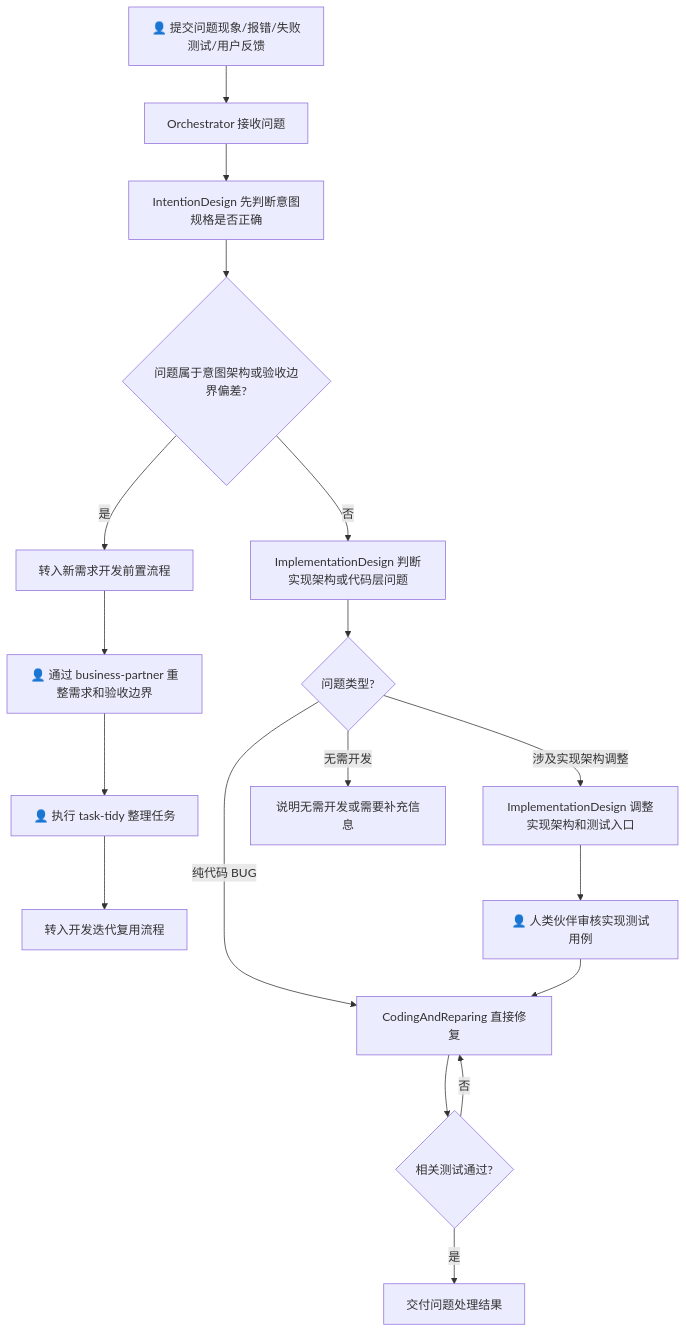
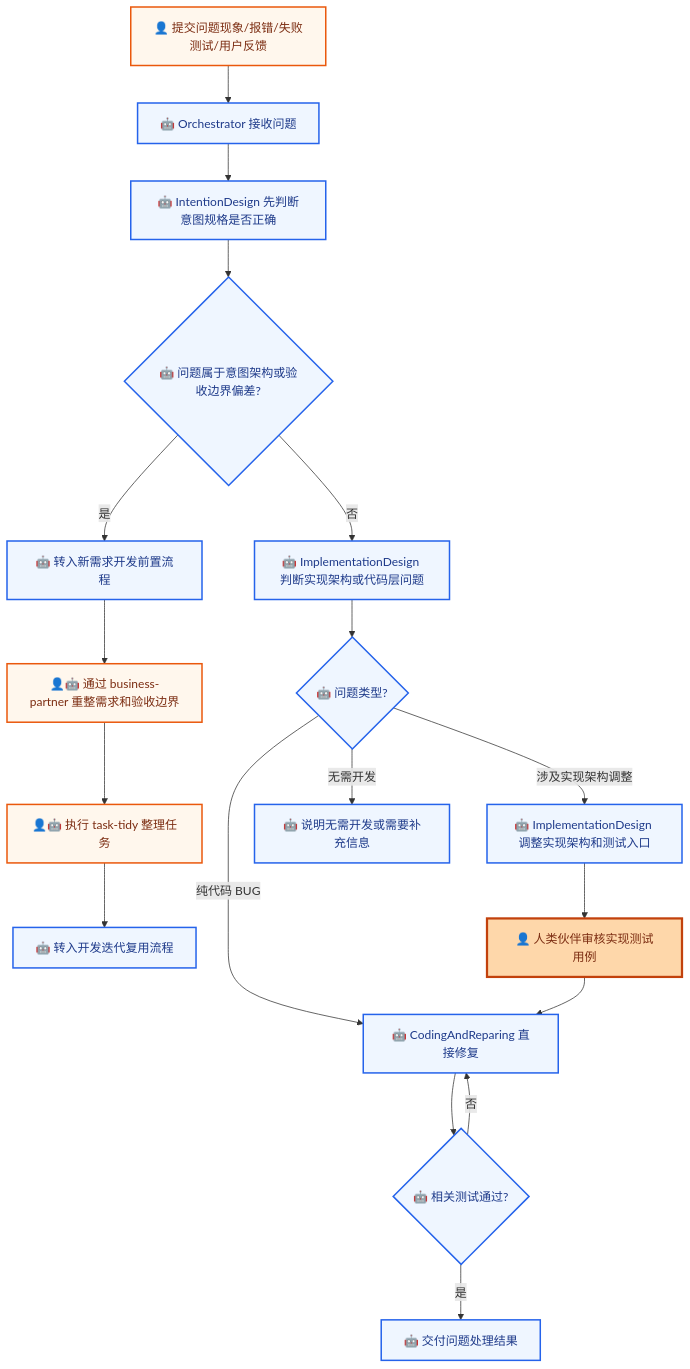
One commit to derekhu0002/Argo changed the third of 5 diagrams in README.md. Above: the diagram before and after it, drawn with Mermaid. The commit also changed other lines of this file, not shown here.

````diff
--- a/README.md
+++ b/README.md
@@ -104,20 +117,26 @@
 ```mermaid
 flowchart TD
-    A[👤 提交问题现象/报错/失败测试/用户反馈] --> B[Orchestrator 接收问题]
-    B --> C[IntentionDesign 先判断意图规格是否正确]
-    C --> D{问题属于意图架构或验收边界偏差?}
-    D -- 是 --> E[转入新需求开发前置流程]
-    E --> F[👤 通过 business-partner 重整需求和验收边界]
-    F --> G[👤 执行 task-tidy 整理任务]
-    G --> P[转入开发迭代复用流程]
-    D -- 否 --> H[ImplementationDesign 判断实现架构或代码层问题]
-    H --> I{问题类型?}
-    I -- 纯代码 BUG --> J[CodingAndReparing 直接修复]
-    I -- 涉及实现架构调整 --> K[ImplementationDesign 调整实现架构和测试入口]
+    A[👤 提交问题现象/报错/失败测试/用户反馈] --> B[🤖 Orchestrator 接收问题]
+    B --> C[🤖 IntentionDesign 先判断意图规格是否正确]
+    C --> D{🤖 问题属于意图架构或验收边界偏差?}
+    D -- 是 --> E[🤖 转入新需求开发前置流程]
+    E --> F[👤🤖 通过 business-partner 重整需求和验收边界]
+    F --> G[👤🤖 执行 task-tidy 整理任务]
+    G --> P[🤖 转入开发迭代复用流程]
+    D -- 否 --> H[🤖 ImplementationDesign 判断实现架构或代码层问题]
+    H --> I{🤖 问题类型?}
+    I -- 纯代码 BUG --> J[🤖 CodingAndReparing 直接修复]
+    I -- 涉及实现架构调整 --> K[🤖 ImplementationDesign 调整实现架构和测试入口]
     K --> L[👤 人类伙伴审核实现测试用例]
     L --> J
-    J --> M{相关测试通过?}
+    J --> M{🤖 相关测试通过?}
     M -- 否 --> J
-    M -- 是 --> N[交付问题处理结果]
-    I -- 无需开发 --> O[说明无需开发或需要补充信息]
+    M -- 是 --> N[🤖 交付问题处理结果]
+    I -- 无需开发 --> O[🤖 说明无需开发或需要补充信息]
+    classDef human fill:#fff7ed,stroke:#ea580c,color:#7c2d12,stroke-width:2px
+    classDef humanDecision fill:#fed7aa,stroke:#c2410c,color:#7c2d12,stroke-width:3px
+    classDef ai fill:#eff6ff,stroke:#2563eb,color:#1e3a8a,stroke-width:2px
+    class A,F,G human
+    class L humanDecision
+    class B,C,D,E,P,H,I,J,K,M,N,O ai
 ```
````
